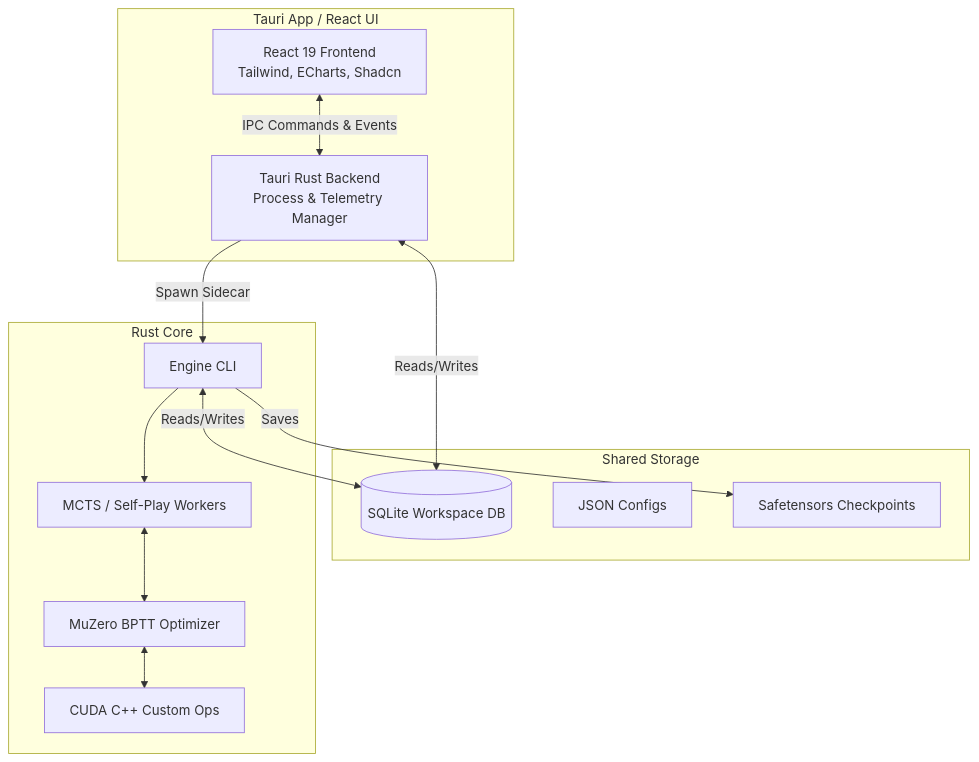
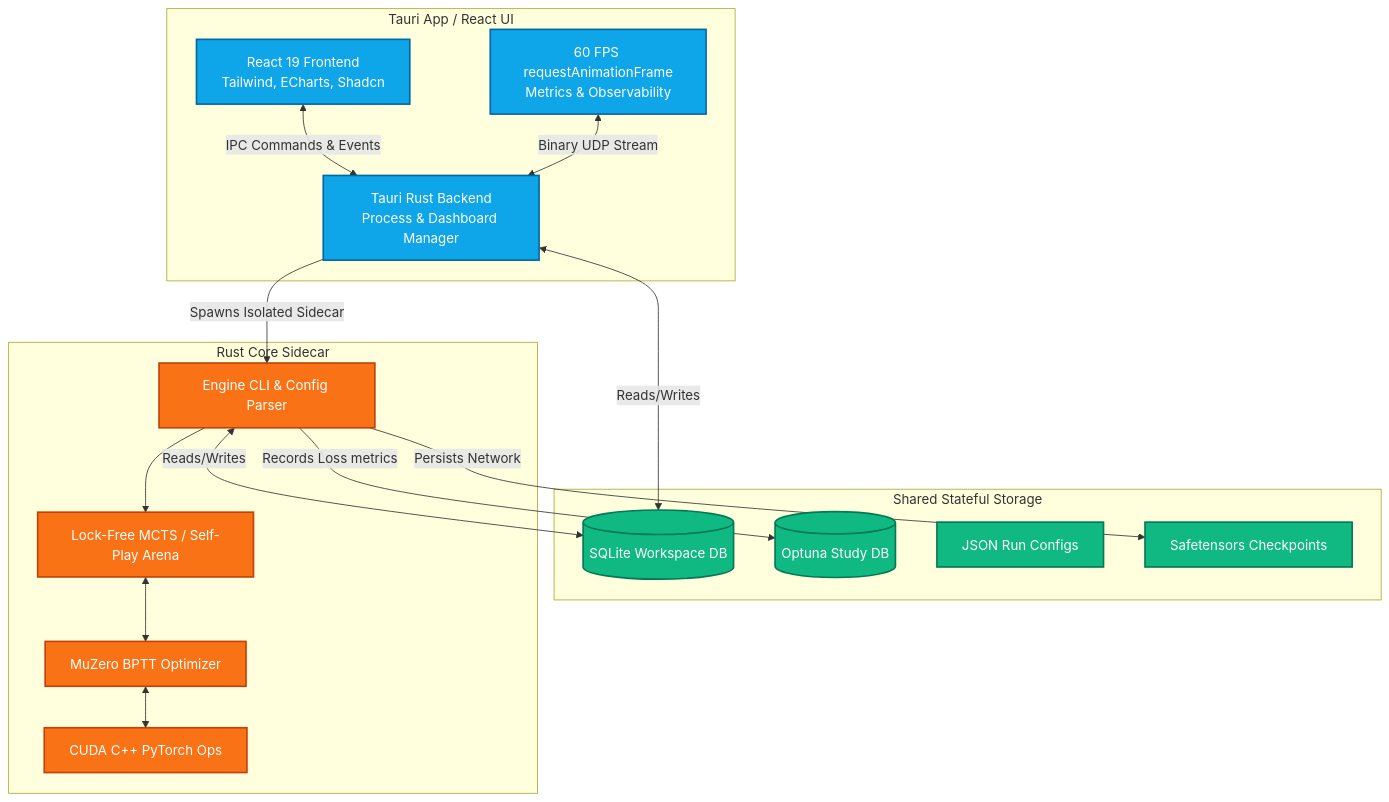
Before and after one commit to lguibr/tricked: the first of 5 diagrams in README.md, drawn with Mermaid. The commit also changed other lines of this file and 7 other files, not shown here.

Commit message:
feat: add spatial_channel_count to MuZero config and update documentation architecture diagrams

````diff
--- a/README.md
+++ b/README.md
@@ -28,30 +33,39 @@
 ```mermaid
 graph TD
-    subgraph Control Center [Tauri App / React UI]
-        UI[React 19 Frontend<br/>Tailwind, ECharts, Shadcn]
-        TB[Tauri Rust Backend<br/>Process & Telemetry Manager]
-        UI <-->|IPC Commands & Events| TB
+    classDef UI fill:#0ea5e9,stroke:#0369a1,stroke-width:2px,color:#fff;
+    classDef Engine fill:#f97316,stroke:#c2410c,stroke-width:2px,color:#fff;
+    classDef DB fill:#10b981,stroke:#047857,stroke-width:2px,color:#fff;
+
+    subgraph Control_Center [Tauri App / React UI]
+        React[React 19 Frontend<br/>Tailwind, ECharts, Shadcn]:::UI
+        Telemetry[60 FPS requestAnimationFrame<br/>Metrics & Observability]:::UI
+        TB[Tauri Rust Backend<br/>Process & Dashboard Manager]:::UI
+        
+        React <-->|IPC Commands & Events| TB
+        Telemetry <-->|Binary UDP Stream| TB
     end
 
-    subgraph Workspace [Shared Storage]
-        DB[(SQLite Workspace DB)]
-        CFG[JSON Configs]
-        SAF[Safetensors Checkpoints]
+    subgraph Workspace [Shared Stateful Storage]
+        DB[(SQLite Workspace DB)]:::DB
+        OptDB[(Optuna Study DB)]:::DB
+        CFG[JSON Run Configs]:::DB
+        SAF[Safetensors Checkpoints]:::DB
     end
 
-    subgraph Tricked Engine [Rust Core]
-        CLI[Engine CLI]
-        MCTS[MCTS / Self-Play Workers]
-        BPTT[MuZero BPTT Optimizer]
-        CMOD[CUDA C++ Custom Ops]
+    subgraph Tricked_Engine [Rust Core Sidecar]
+        CLI[Engine CLI & Config Parser]:::Engine
+        MCTS[Lock-Free MCTS / Self-Play Arena]:::Engine
+        BPTT[MuZero BPTT Optimizer]:::Engine
+        CMOD[CUDA C++ PyTorch Ops]:::Engine
     end
 
-    TB -->|Spawn Sidecar| CLI
+    TB -->|Spawns Isolated Sidecar| CLI
     CLI --> MCTS
     MCTS <--> BPTT
     BPTT <--> CMOD
     
     TB <-->|Reads/Writes| DB
     CLI <-->|Reads/Writes| DB
-    CLI -->|Saves| SAF
+    CLI -->|Persists Network| SAF
+    CLI -->|Records Loss metrics| OptDB
 ```
````
